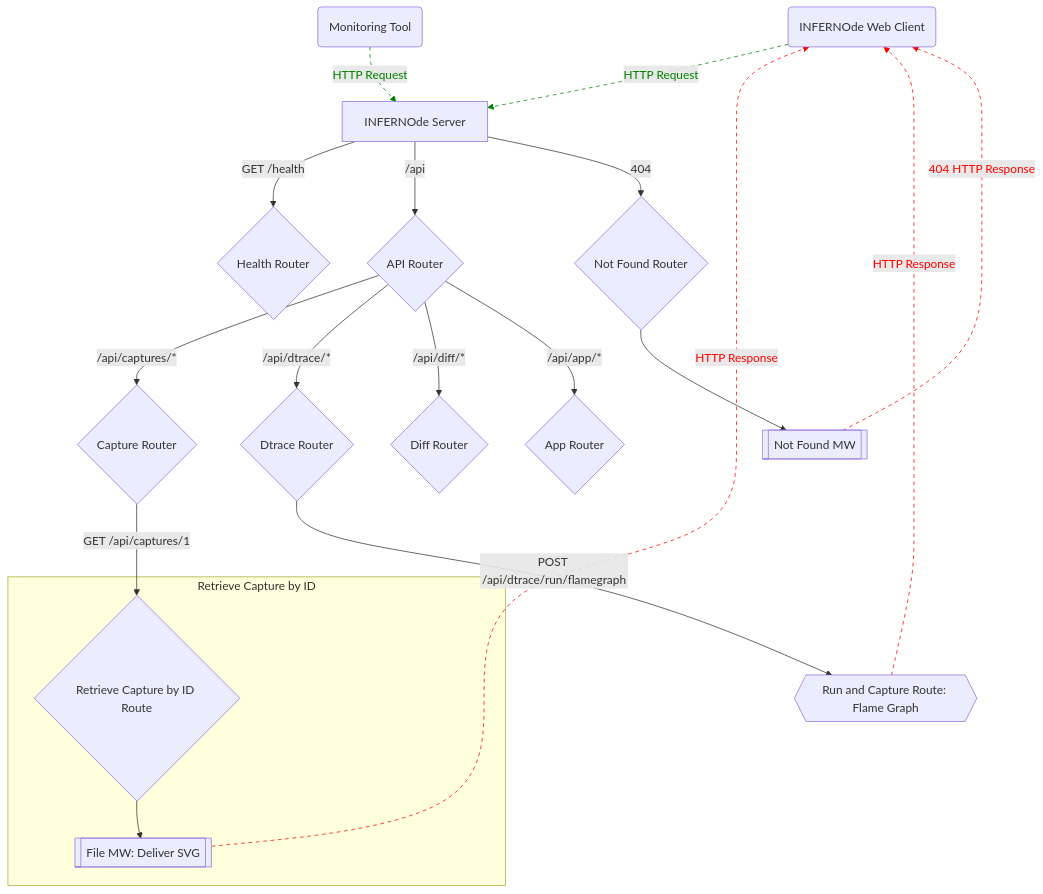
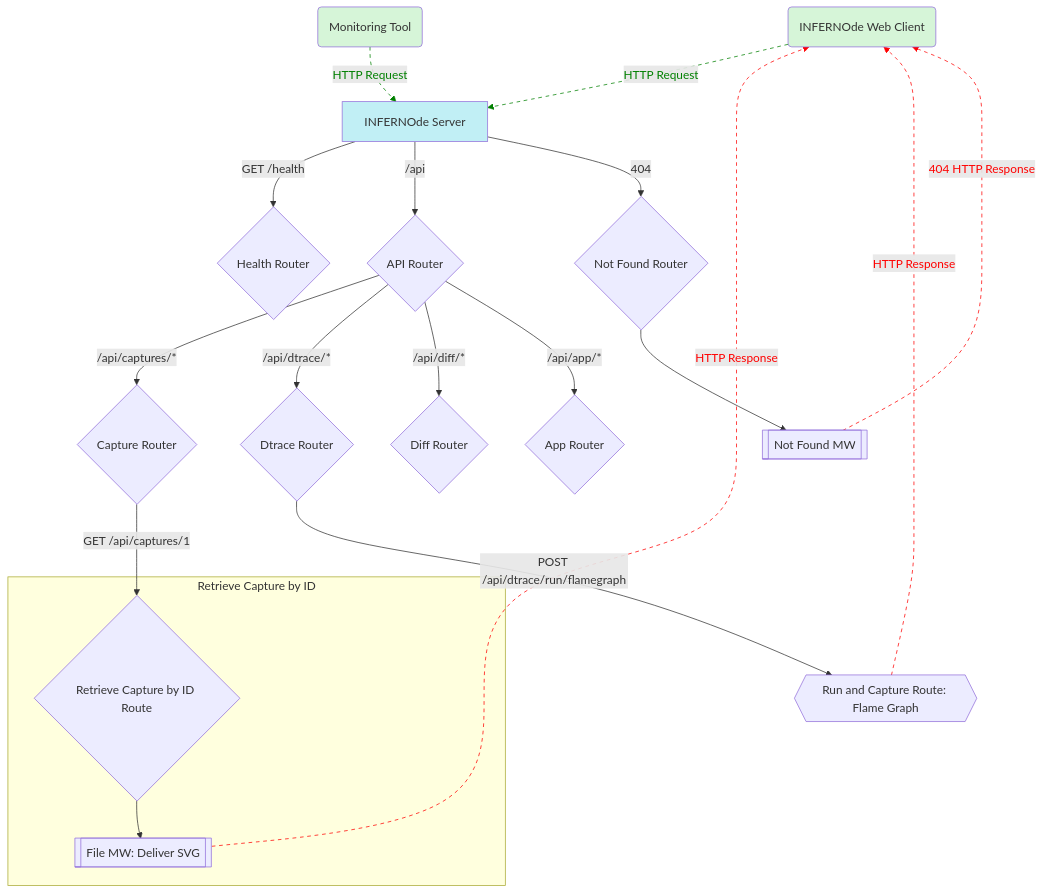
One commit to oslabs-beta/infernode changed the first of 2 diagrams in docs/arch-diagrams.md. Above: the diagram before and after it, drawn with Mermaid. The commit also changed other lines of this file, not shown here.

````diff
--- a/docs/arch-diagrams.md
+++ b/docs/arch-diagrams.md
@@ -3,26 +3,29 @@
 ```mermaid
 graph TD;
     C("INFERNOde Web Client") -.-> |"HTTP Request"| S["INFERNOde Server"];
+    style C fill:#D6F5D8
+    style S fill: #C1EFF5
     linkStyle 0 stroke:green,color:green,stroke-dasharray: 5 5;
     CM("Monitoring Tool") -.-> |"HTTP Request"| S
+    style CM fill:#D6F5D8
     linkStyle 1 stroke:green,color:green,stroke-dasharray: 5 5;
     S --> |"GET /health"| RH{"Health Router"};
     S --> |"/api"| RA{"API Router"};
     S --> |"404"| RNF{"Not Found Router"};
     RNF --> MNF[["Not Found MW"]];
     MNF -.-> |"404 HTTP Response"| C;
     linkStyle 6 stroke:red,color:red,stroke-dasharray: 5 5;
     RA --> |"/api/captures/*"| RC{"Capture Router"};
     RA --> |"/api/dtrace/*"| RT{"Dtrace Router"};
     RA --> |"/api/diff/*"| RD{"Diff Router"};
     RA --> |"/api/app/*"| RAP{"App Router"};
     RT --> |"POST /api/dtrace/run/flamegraph"| RRC{{"Run and Capture Route: Flame Graph"}};
     RRC -.-> |"HTTP Response"| C;
     linkStyle 12 stroke:red,color:red,stroke-dasharray: 5 5;
     RC --> |"GET /api/captures/1"| RCG1{"Retrieve Capture by ID Route"};
     subgraph "Retrieve Capture by ID ";
     RCG1 --> MFD[["File MW: Deliver SVG"]];
     end;
     MFD -.-> |"HTTP Response"| C;
     linkStyle 15 stroke:red,color:red,stroke-dasharray: 5 5;
 ```
````
